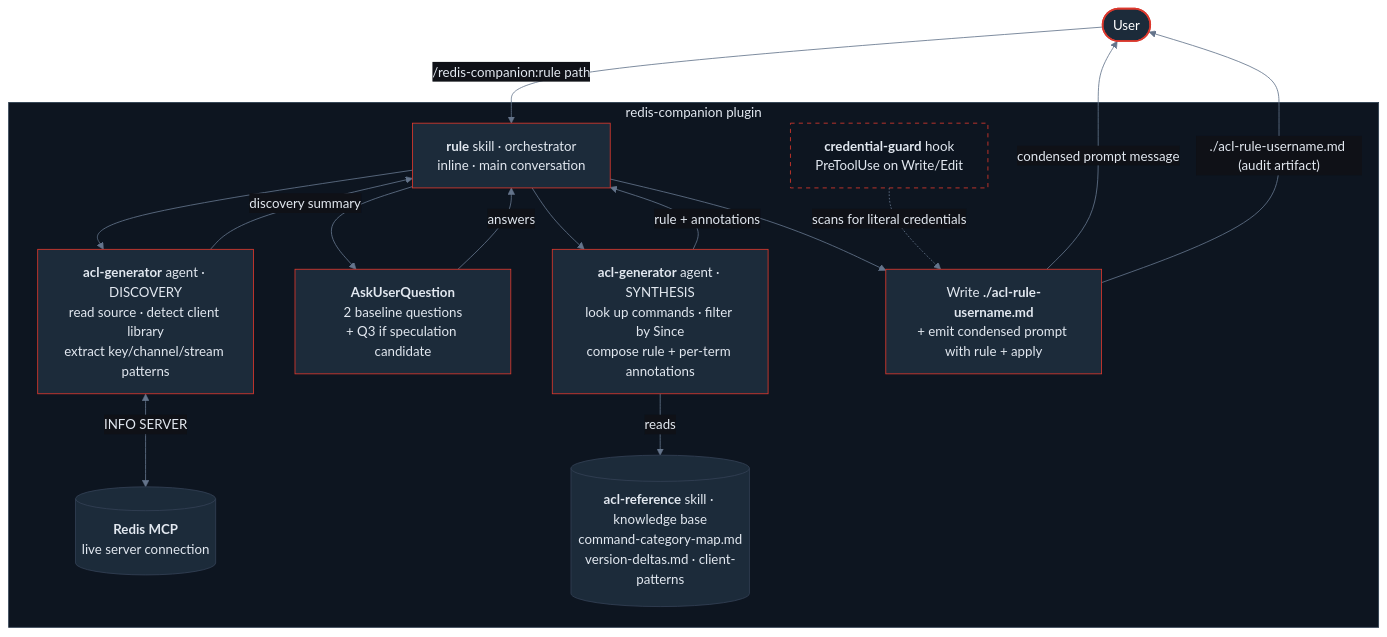
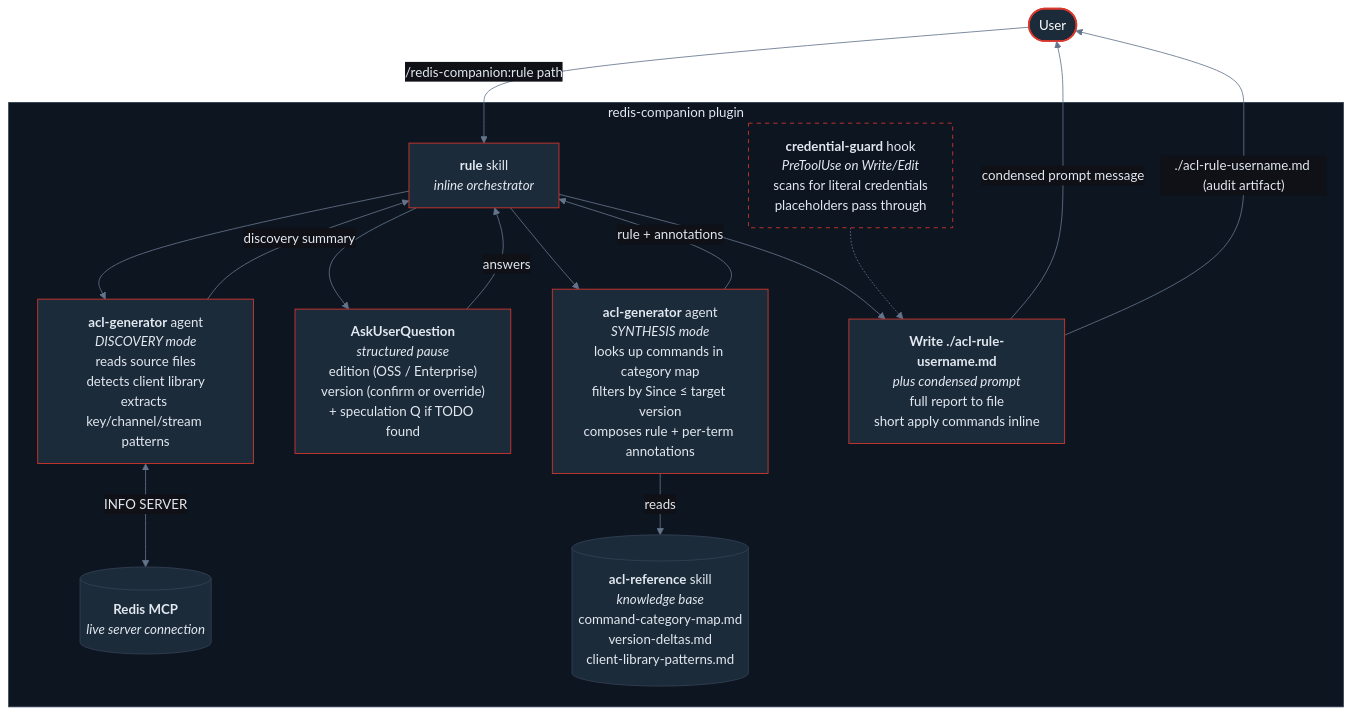
The diagram in README.md (mjtrapani/redis-companion), drawn with Mermaid before and after one commit.

Commit message:
docs: README — restructure arch diagram box text for clearer hierarchy
Each box now has consistent visual hierarchy: bold name on line 1,
italic role/mode on line 2, then verb-led action lines. Dots (·) were
being used inconsistently as separators — sometimes between name + role,
sometimes between peer actions — making the boxes read as undifferentiated
noun-soup. The new structure separates the "what is this" from the "what
does it do."

Also drops the redundant hook arrow label ("scans for literal credentials")
since that's now described inside the hook box itself.

````diff
--- a/README.md
+++ b/README.md
@@ -132,33 +132,33 @@
 ```mermaid
 %%{init: {'theme': 'base', 'themeVariables': {'background': '#0f1117', 'primaryColor': '#1c2b3a', 'primaryTextColor': '#e2e8f0', 'primaryBorderColor': '#334155', 'lineColor': '#64748b', 'secondaryColor': '#1c2b3a', 'tertiaryColor': '#0d1520', 'clusterBkg': '#0d1520', 'clusterBorder': '#2d3f50', 'titleColor': '#e2e8f0', 'edgeLabelBackground': '#0f1117'}}}%%
 flowchart TD
     classDef entry  fill:#1c2b3a,stroke:#DC382D,stroke-width:2px,color:#fff
     classDef red    fill:#1c2b3a,stroke:#DC382D,stroke-width:1px,color:#e2e8f0
     classDef node   fill:#1c2b3a,stroke:#334155,color:#e2e8f0
     classDef hook   fill:#0d1520,stroke:#DC382D,stroke-dasharray: 5 5,color:#e2e8f0
 
     U([User]):::entry -->|"/redis-companion:rule path"| S
 
     subgraph P["redis-companion plugin"]
-        S["<b>rule</b> skill · orchestrator<br>inline · main conversation"]:::red
+        S["<b>rule</b> skill<br><i>inline orchestrator</i>"]:::red
 
-        S --> A1["<b>acl-generator</b> agent · DISCOVERY<br>read source · detect client library<br>extract key/channel/stream patterns"]:::red
-        A1 <-->|"INFO SERVER"| MCP[("<b>Redis MCP</b><br>live server connection")]:::node
+        S --> A1["<b>acl-generator</b> agent<br><i>DISCOVERY mode</i><br>reads source files<br>detects client library<br>extracts key/channel/stream patterns"]:::red
+        A1 <-->|"INFO SERVER"| MCP[("<b>Redis MCP</b><br><i>live server connection</i>")]:::node
         A1 -->|"discovery summary"| S
 
-        S --> ASK["<b>AskUserQuestion</b><br>2 baseline questions<br>+ Q3 if speculation candidate"]:::red
+        S --> ASK["<b>AskUserQuestion</b><br><i>structured pause</i><br>edition (OSS / Enterprise)<br>version (confirm or override)<br>+ speculation Q if TODO found"]:::red
         ASK -->|"answers"| S
 
-        S --> A2["<b>acl-generator</b> agent · SYNTHESIS<br>look up commands · filter by Since<br>compose rule + per-term annotations"]:::red
-        A2 -->|"reads"| REF[("<b>acl-reference</b> skill · knowledge base<br>command-category-map.md<br>version-deltas.md · client-patterns")]:::node
+        S --> A2["<b>acl-generator</b> agent<br><i>SYNTHESIS mode</i><br>looks up commands in category map<br>filters by Since ≤ target version<br>composes rule + per-term annotations"]:::red
+        A2 -->|"reads"| REF[("<b>acl-reference</b> skill<br><i>knowledge base</i><br>command-category-map.md<br>version-deltas.md<br>client-library-patterns.md")]:::node
         A2 -->|"rule + annotations"| S
 
-        S --> W["Write <b>./acl-rule-username.md</b><br>+ emit condensed prompt with rule + apply"]:::red
+        S --> W["<b>Write ./acl-rule-username.md</b><br><i>plus condensed prompt</i><br>full report to file<br>short apply commands inline"]:::red
 
-        H["<b>credential-guard</b> hook<br>PreToolUse on Write/Edit"]:::hook
-        H -.->|"scans for literal credentials"| W
+        H["<b>credential-guard</b> hook<br><i>PreToolUse on Write/Edit</i><br>scans for literal credentials<br>placeholders pass through"]:::hook
+        H -.-> W
     end
 
     W -->|"condensed prompt message"| U
     W -->|"./acl-rule-username.md (audit artifact)"| U
 ```
````
